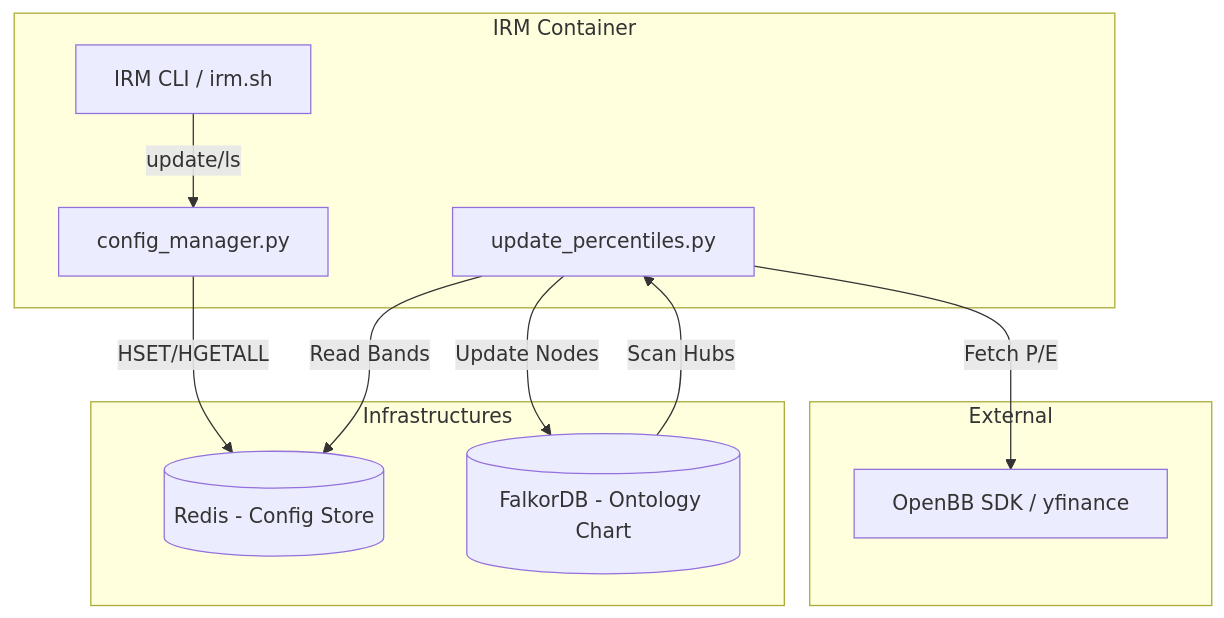
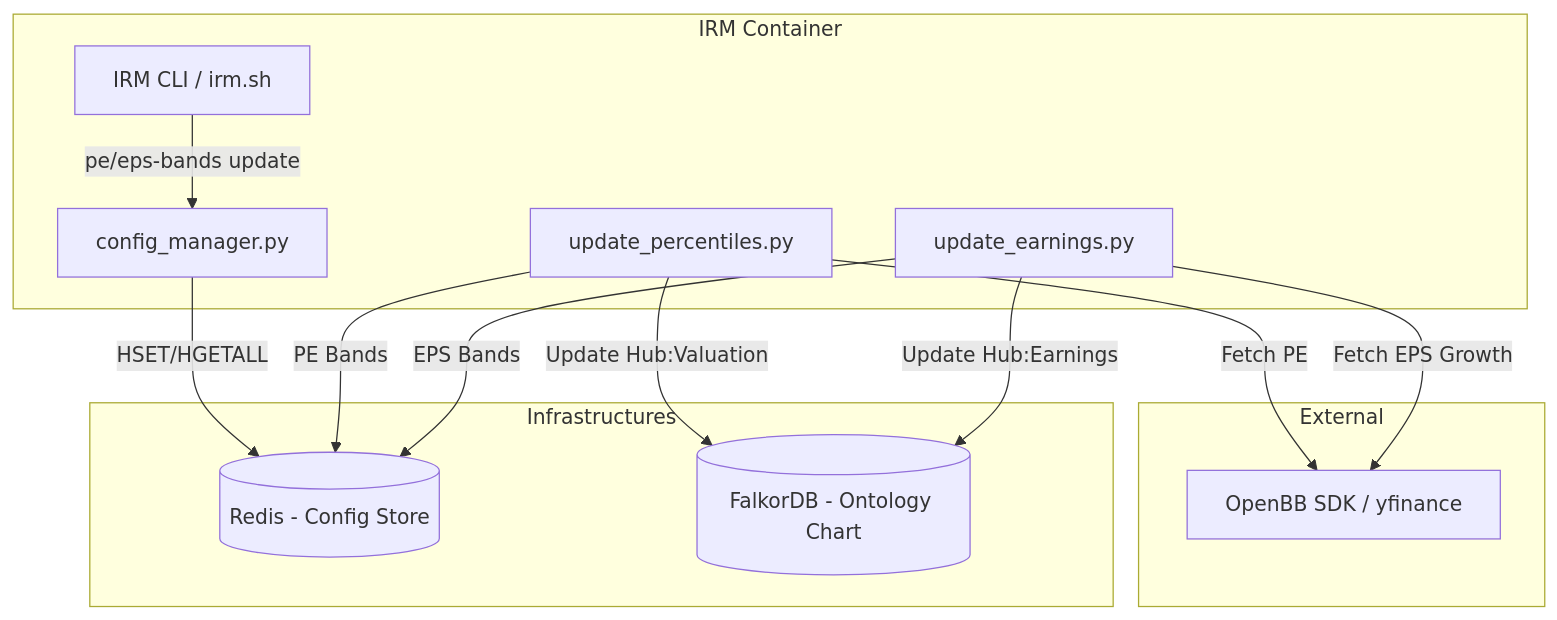
Before and after one commit to stormwine1986/pi-mono-stack: the second of 4 diagrams in irm/ARCHITECTURE.md, drawn with Mermaid. The commit also changed other lines of this file and 5 other files, not shown here.

````diff
--- a/irm/ARCHITECTURE.md
+++ b/irm/ARCHITECTURE.md
@@ -354,24 +327,27 @@
 ```mermaid
 graph TD
     subgraph "External"
         OpenBB[OpenBB SDK / yfinance]
     end
 
     subgraph "IRM Container"
         CLI[IRM CLI / irm.sh]
         ConfigMgr[config_manager.py]
-        Updater[update_percentiles.py]
+        ValUpdate[update_percentiles.py]
+        EarnUpdate[update_earnings.py]
     end
 
     subgraph "Infrastructures"
         Redis[(Redis - Config Store)]
         FalkorDB[(FalkorDB - Ontology Chart)]
     end
 
-    CLI -->|update/ls| ConfigMgr
+    CLI -->|pe/eps-bands update| ConfigMgr
     ConfigMgr -->|HSET/HGETALL| Redis
-    Updater -->|Read Bands| Redis
-    Updater -->|Fetch P/E| OpenBB
-    Updater -->|Update Nodes| FalkorDB
-    FalkorDB -->|Scan Hubs| Updater
+    ValUpdate -->|PE Bands| Redis
+    ValUpdate -->|Fetch PE| OpenBB
+    ValUpdate -->|Update Hub:Valuation| FalkorDB
+    EarnUpdate -->|EPS Bands| Redis
+    EarnUpdate -->|Fetch EPS Growth| OpenBB
+    EarnUpdate -->|Update Hub:Earnings| FalkorDB
 ```
````
